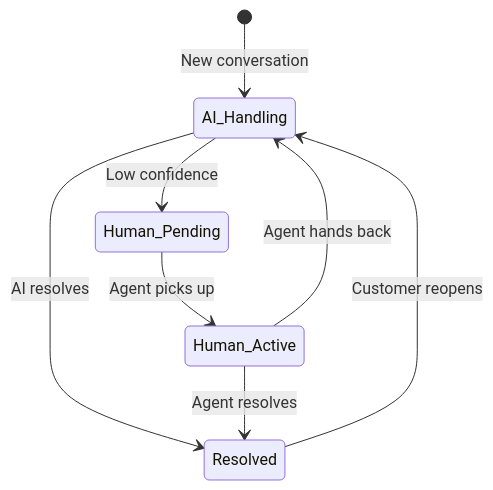
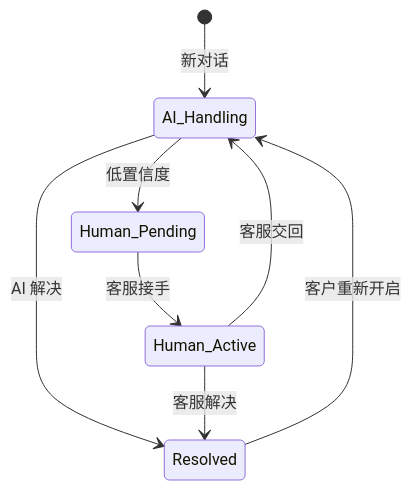
Before and after one commit to stars-labs/ai-driven-customer-service: the third of 3 diagrams in i18n/zh/docusaurus-plugin-content-docs/current/08-integration-patterns.md, drawn with Mermaid. The commit also changed other lines of this file and 15 other files, not shown here.

````diff
--- a/i18n/zh/docusaurus-plugin-content-docs/current/08-integration-patterns.md
+++ b/i18n/zh/docusaurus-plugin-content-docs/current/08-integration-patterns.md
@@ -309,10 +309,10 @@
 ```mermaid
 stateDiagram-v2
-    [*] --> AI_Handling: New conversation
-    AI_Handling --> Resolved: AI resolves
-    AI_Handling --> Human_Pending: Low confidence
-    Human_Pending --> Human_Active: Agent picks up
-    Human_Active --> Resolved: Agent resolves
-    Human_Active --> AI_Handling: Agent hands back
-    Resolved --> AI_Handling: Customer reopens
+    [*] --> AI_Handling: 新对话
+    AI_Handling --> Resolved: AI 解决
+    AI_Handling --> Human_Pending: 低置信度
+    Human_Pending --> Human_Active: 客服接手
+    Human_Active --> Resolved: 客服解决
+    Human_Active --> AI_Handling: 客服交回
+    Resolved --> AI_Handling: 客户重新开启
 ```
````
